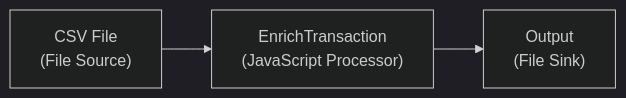
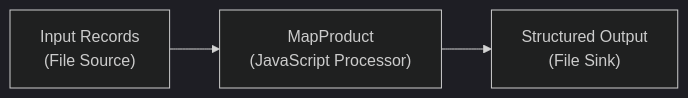
Before and after one commit to layline-io/layline-doc: the diagram in docs/03-assets/processors-flow/asset-flow-javascript.md, drawn with Mermaid (dark theme). The commit also changed other lines of this file and 1 other file, not shown here.

First line of the commit message:
docs: replace JavaScript and Python Processor examples with header/detail/trailer pattern

````diff
--- a/docs/03-assets/processors-flow/asset-flow-javascript.md
+++ b/docs/03-assets/processors-flow/asset-flow-javascript.md
@@ -118,5 +118,5 @@
 ```mermaid
 graph LR
-    A["CSV File<br/>(File Source)"] --> B["EnrichTransaction<br/>(JavaScript Processor)"]
-    B --> C["Output<br/>(File Sink)"]
+    A["Input Records<br/>(File Source)"] --> B["MapProduct<br/>(JavaScript Processor)"]
+    B --> C["Structured Output<br/>(File Sink)"]
 ```
````
